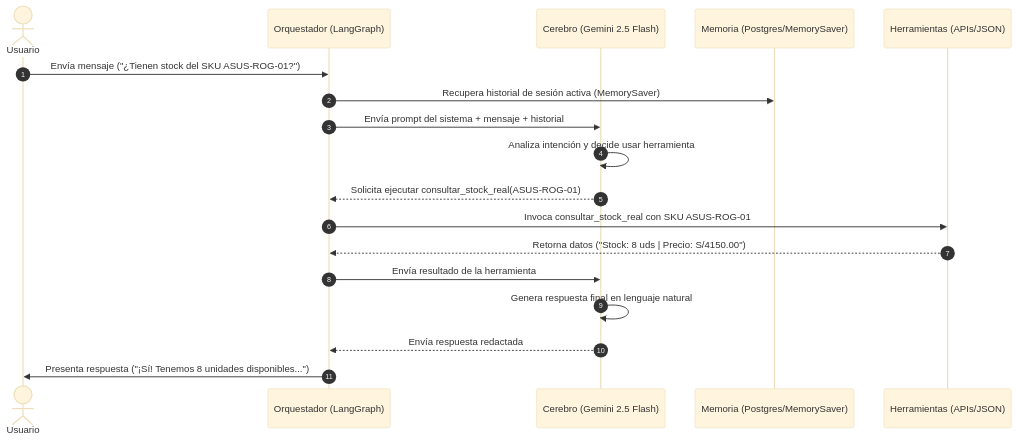
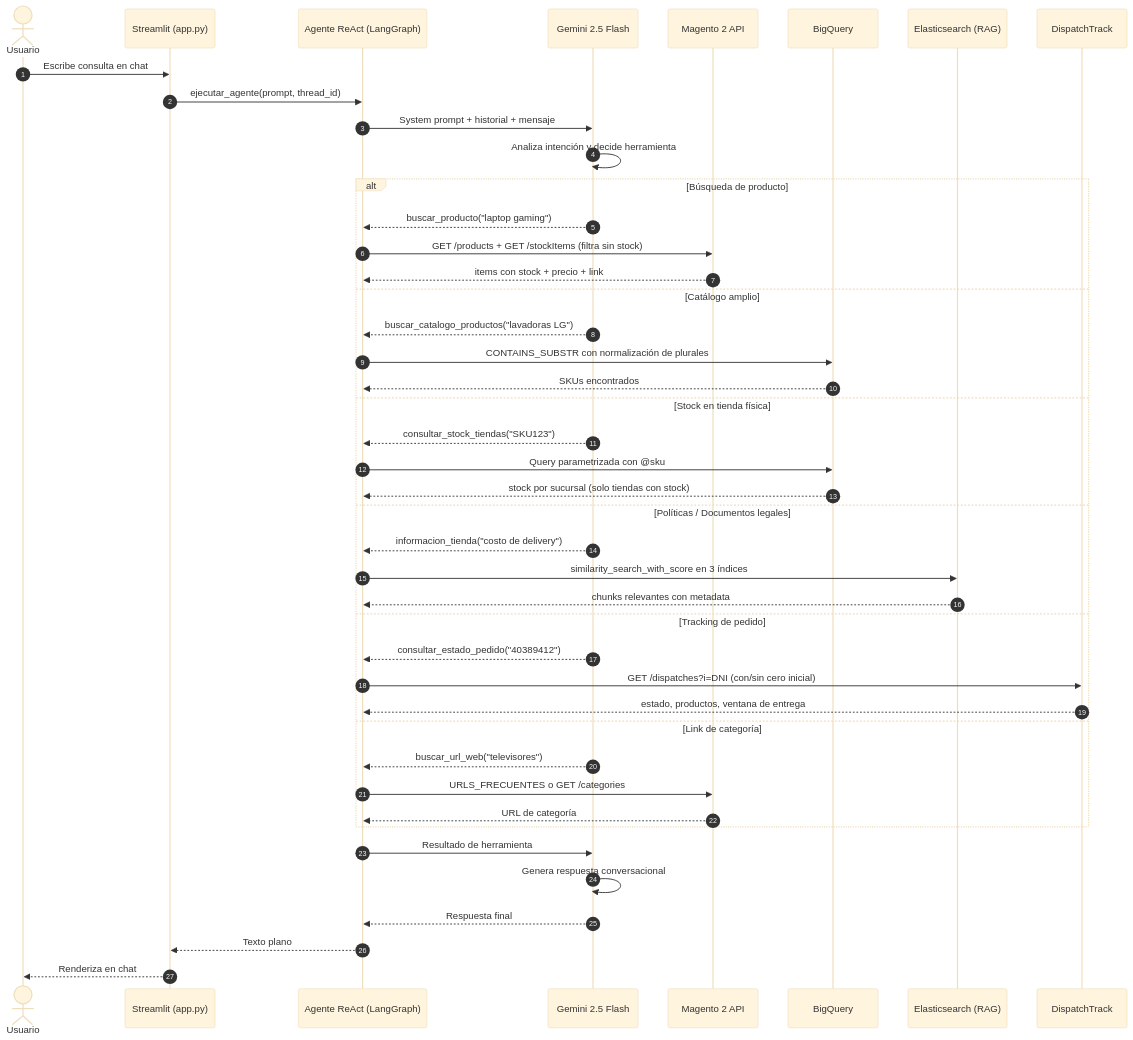
The second of 2 diagrams in README.md (Patrickpisana23/chat_agente), drawn with Mermaid (base theme) before and after one commit. The commit also changed other lines of this file and 11 other files, not shown here.

````diff
--- a/README.md
+++ b/README.md
@@ -187,21 +196,49 @@
 ```mermaid
 sequenceDiagram
     autonumber
     actor Usuario
-    participant Orquestador as Orquestador (LangGraph)
-    participant LLM as Cerebro (Gemini 2.5 Flash)
-    participant DB as Memoria (Postgres/MemorySaver)
-    participant Tools as Herramientas (APIs/JSON)
+    participant ST as Streamlit (app.py)
+    participant AG as Agente ReAct (LangGraph)
+    participant LLM as Gemini 2.5 Flash
+    participant MAG as Magento 2 API
+    participant BQ as BigQuery
+    participant ES as Elasticsearch (RAG)
+    participant DT as DispatchTrack
 
-    Usuario->>Orquestador: Envía mensaje ("¿Tienen stock del SKU ASUS-ROG-01?")
-    Orquestador->>DB: Recupera historial de sesión activa (MemorySaver)
-    Orquestador->>LLM: Envía prompt del sistema + mensaje + historial
-    LLM->>LLM: Analiza intención y decide usar herramienta
-    LLM-->>Orquestador: Solicita ejecutar consultar_stock_real(ASUS-ROG-01)
-    Orquestador->>Tools: Invoca consultar_stock_real con SKU ASUS-ROG-01
-    Tools-->>Orquestador: Retorna datos ("Stock: 8 uds | Precio: S/4150.00")
-    Orquestador->>LLM: Envía resultado de la herramienta
-    LLM->>LLM: Genera respuesta final en lenguaje natural
-    LLM-->>Orquestador: Envía respuesta redactada
-    Orquestador->>Usuario: Presenta respuesta ("¡Sí! Tenemos 8 unidades disponibles...")
+    Usuario->>ST: Escribe consulta en chat
+    ST->>AG: ejecutar_agente(prompt, thread_id)
+    AG->>LLM: System prompt + historial + mensaje
+    LLM->>LLM: Analiza intención y decide herramienta
+
+    alt Búsqueda de producto
+        LLM-->>AG: buscar_producto("laptop gaming")
+        AG->>MAG: GET /products + GET /stockItems (filtra sin stock)
+        MAG-->>AG: items con stock + precio + link
+    else Catálogo amplio
+        LLM-->>AG: buscar_catalogo_productos("lavadoras LG")
+        AG->>BQ: CONTAINS_SUBSTR con normalización de plurales
+        BQ-->>AG: SKUs encontrados
+    else Stock en tienda física
+        LLM-->>AG: consultar_stock_tiendas("SKU123")
+        AG->>BQ: Query parametrizada con @sku
+        BQ-->>AG: stock por sucursal (solo tiendas con stock)
+    else Políticas / Documentos legales
+        LLM-->>AG: informacion_tienda("costo de delivery")
+        AG->>ES: similarity_search_with_score en 3 índices
+        ES-->>AG: chunks relevantes con metadata
+    else Tracking de pedido
+        LLM-->>AG: consultar_estado_pedido("40389412")
+        AG->>DT: GET /dispatches?i=DNI (con/sin cero inicial)
+        DT-->>AG: estado, productos, ventana de entrega
+    else Link de categoría
+        LLM-->>AG: buscar_url_web("televisores")
+        AG->>MAG: URLS_FRECUENTES o GET /categories
+        MAG-->>AG: URL de categoría
+    end
+
+    AG->>LLM: Resultado de herramienta
+    LLM->>LLM: Genera respuesta conversacional
+    LLM-->>AG: Respuesta final
+    AG-->>ST: Texto plano
+    ST-->>Usuario: Renderiza en chat
 ```
````
